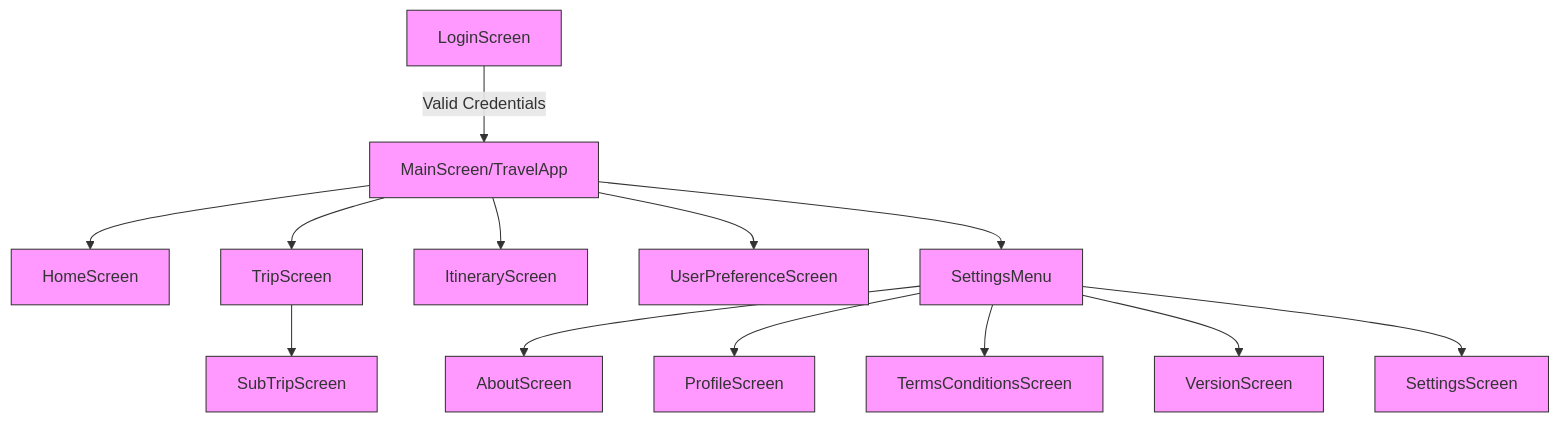
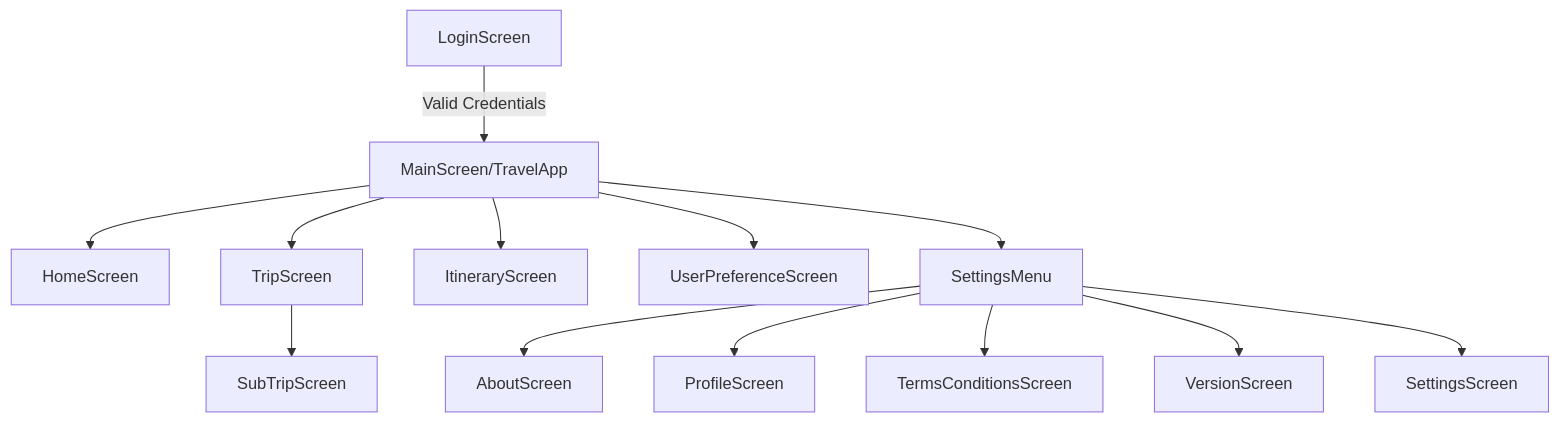
Before and after one commit to GEI3-Udl-2025/Travel_World: the third of 3 diagrams in documentation/design.md, drawn with Mermaid.

````diff
--- a/documentation/design.md
+++ b/documentation/design.md
@@ -58,18 +58,18 @@
 ```mermaid
 graph TD
     A[LoginScreen] -->|Valid Credentials| B[MainScreen/TravelApp]
     B --> C[HomeScreen]
     B --> D[TripScreen]
     B --> E[ItineraryScreen]
     B --> F[UserPreferenceScreen]
     B --> G[SettingsMenu]
     G --> H[AboutScreen]
     G --> I[ProfileScreen]
     G --> J[TermsConditionsScreen]
     G --> K[VersionScreen]
     G --> L[SettingsScreen]
     D --> M[SubTripScreen]
     
-    classDef screen fill:#f9f,stroke:#333;
+
     class A,B,C,D,E,F,G,H,I,J,K,L,M screen;
 ```
````
